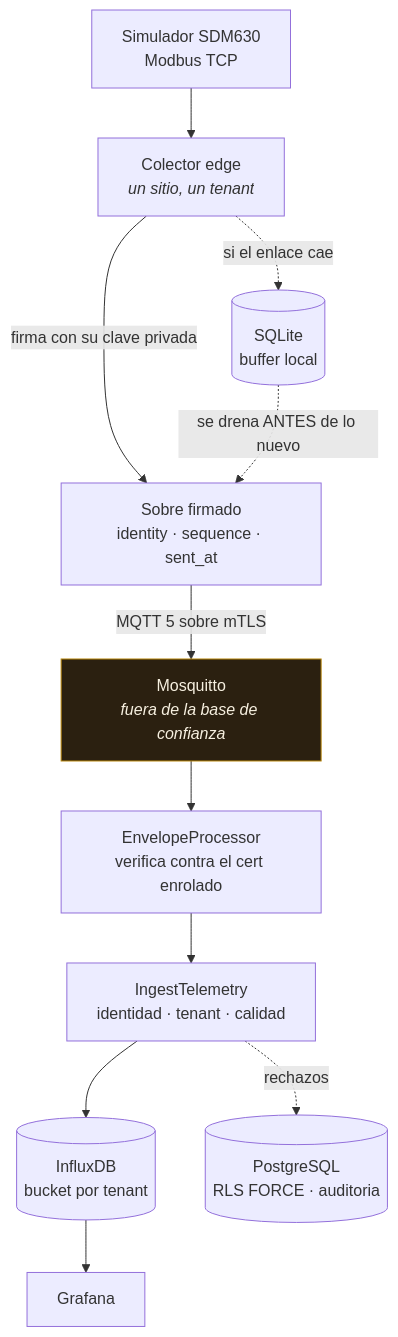
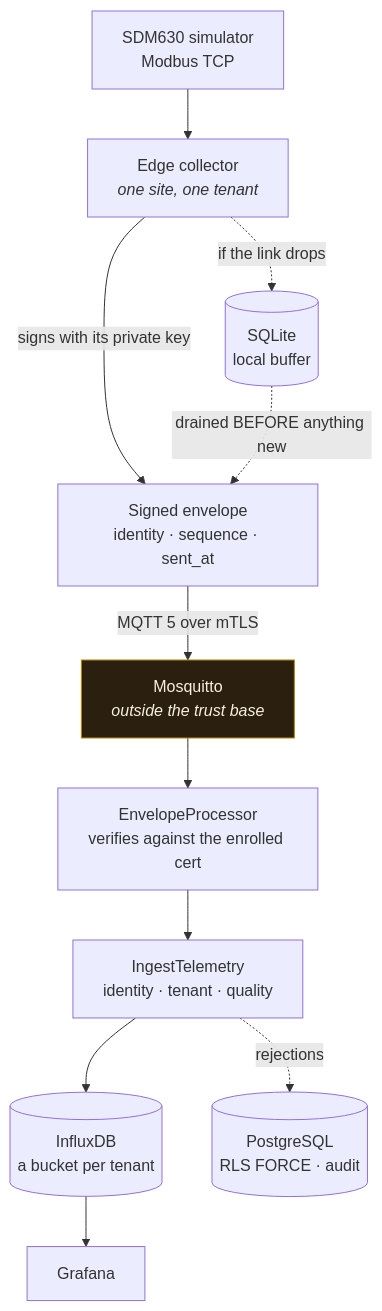
Before and after one commit to Zoel-Manchon/ferrogate: the first of 4 diagrams in README.md, drawn with Mermaid. The commit also changed other lines of this file, not shown here.

````diff
--- a/README.md
+++ b/README.md
@@ -24,17 +42,17 @@
 ```mermaid
 flowchart TB
-    SIM["Simulador SDM630<br/>Modbus TCP"] --> EDGE
-    EDGE["Colector edge<br/><i>un sitio, un tenant</i>"]
-    EDGE -->|"firma con su clave privada"| ENV["Sobre firmado<br/>identity · sequence · sent_at"]
-    ENV -->|"MQTT 5 sobre mTLS"| MQ["Mosquitto<br/><i>fuera de la base de confianza</i>"]
-    MQ --> ING["EnvelopeProcessor<br/>verifica contra el cert enrolado"]
-    ING --> USE["IngestTelemetry<br/>identidad · tenant · calidad"]
-    USE --> INFLUX[("InfluxDB<br/>bucket por tenant")]
+    SIM["SDM630 simulator<br/>Modbus TCP"] --> EDGE
+    EDGE["Edge collector<br/><i>one site, one tenant</i>"]
+    EDGE -->|"signs with its private key"| ENV["Signed envelope<br/>identity · sequence · sent_at"]
+    ENV -->|"MQTT 5 over mTLS"| MQ["Mosquitto<br/><i>outside the trust base</i>"]
+    MQ --> ING["EnvelopeProcessor<br/>verifies against the enrolled cert"]
+    ING --> USE["IngestTelemetry<br/>identity · tenant · quality"]
+    USE --> INFLUX[("InfluxDB<br/>a bucket per tenant")]
     INFLUX --> GRAF["Grafana"]
-    USE -.->|rechazos| PG[("PostgreSQL<br/>RLS FORCE · auditoria")]
-    EDGE -.->|"si el enlace cae"| BUF[("SQLite<br/>buffer local")]
-    BUF -.->|"se drena ANTES de lo nuevo"| ENV
+    USE -.->|rejections| PG[("PostgreSQL<br/>RLS FORCE · audit")]
+    EDGE -.->|"if the link drops"| BUF[("SQLite<br/>local buffer")]
+    BUF -.->|"drained BEFORE anything new"| ENV
 
     classDef untrusted fill:#2b2010,stroke:#b8860b,color:#f7f0e0
     class MQ untrusted
 ```
````
